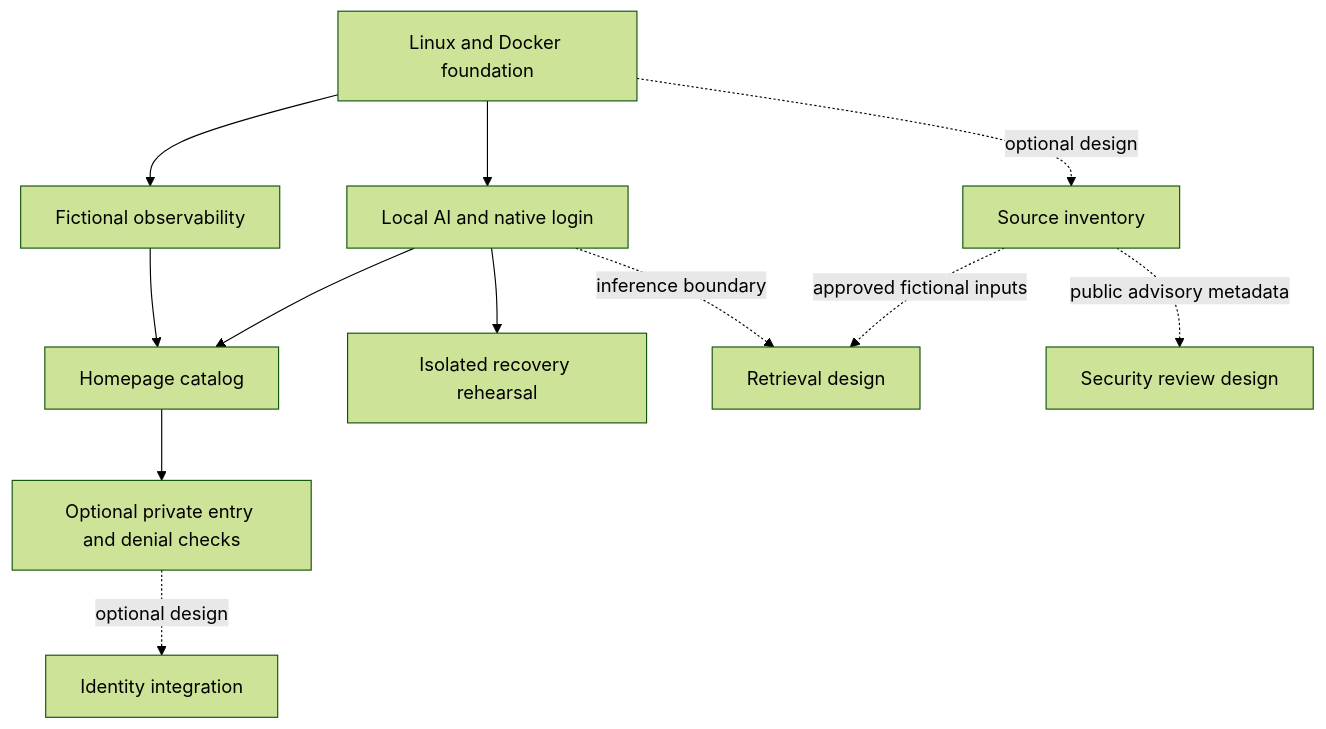
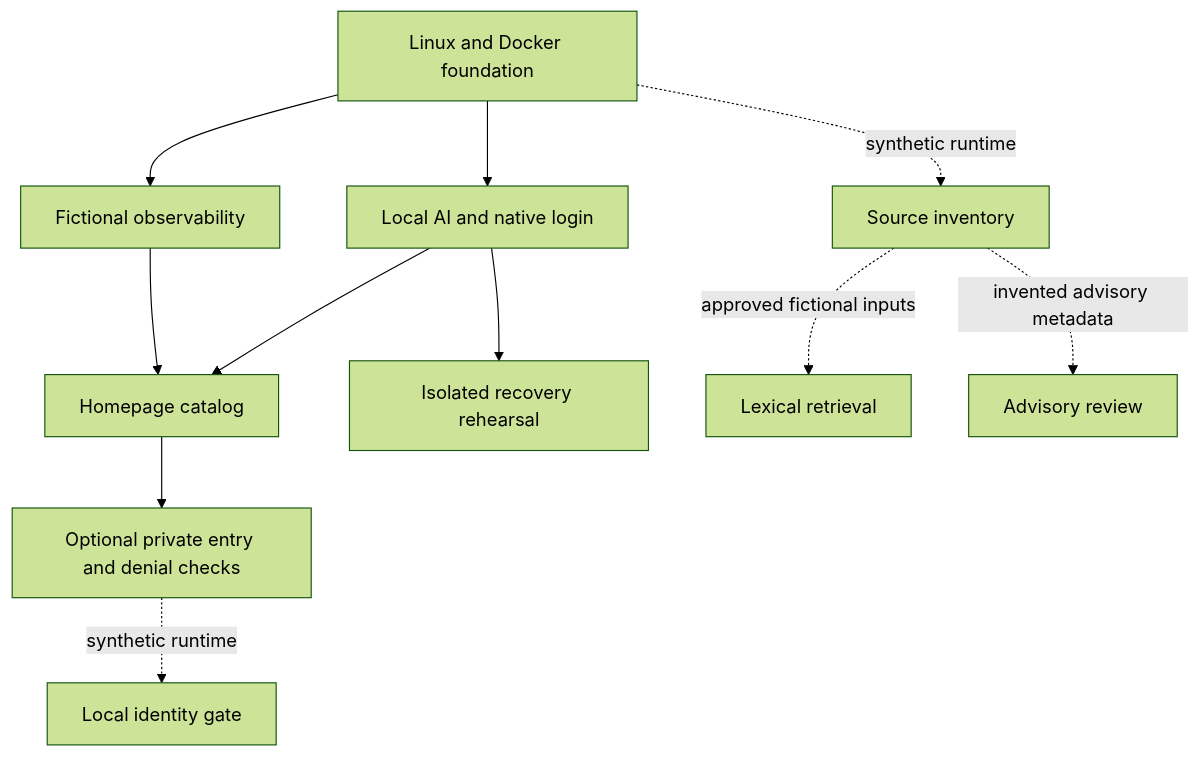
One commit to TheOutlandsDev/outlands-private-workspace-blueprint changed the diagram in docs/25-systems-blueprint.md. Above: the diagram before and after it, drawn with Mermaid (forest theme). The commit also changed other lines of this file and 37 other files, not shown here.

````diff
--- a/docs/25-systems-blueprint.md
+++ b/docs/25-systems-blueprint.md
@@ -8,14 +8,13 @@
 ```mermaid
 flowchart TD
   F[Linux and Docker foundation] --> A[Local AI and native login]
   F --> O[Fictional observability]
   A --> C[Homepage catalog]
   O --> C
   C --> P[Optional private entry and denial checks]
-  P -. optional design .-> I[Identity integration]
+  P -. synthetic runtime .-> I[Local identity gate]
   A --> R[Isolated recovery rehearsal]
-  F -. optional design .-> S[Source inventory]
-  S -. approved fictional inputs .-> K[Retrieval design]
-  A -. inference boundary .-> K
-  S -. public advisory metadata .-> V[Security review design]
+  F -. synthetic runtime .-> S[Source inventory]
+  S -. approved fictional inputs .-> K[Lexical retrieval]
+  S -. invented advisory metadata .-> V[Advisory review]
 ```
````
